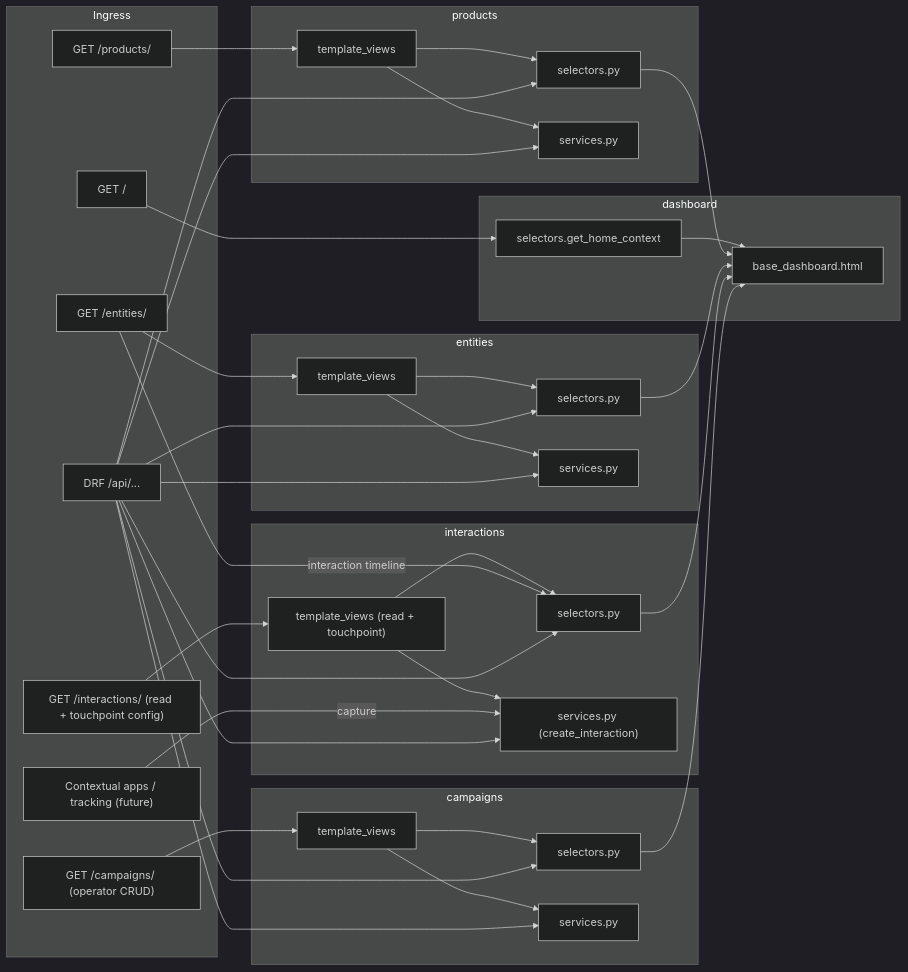
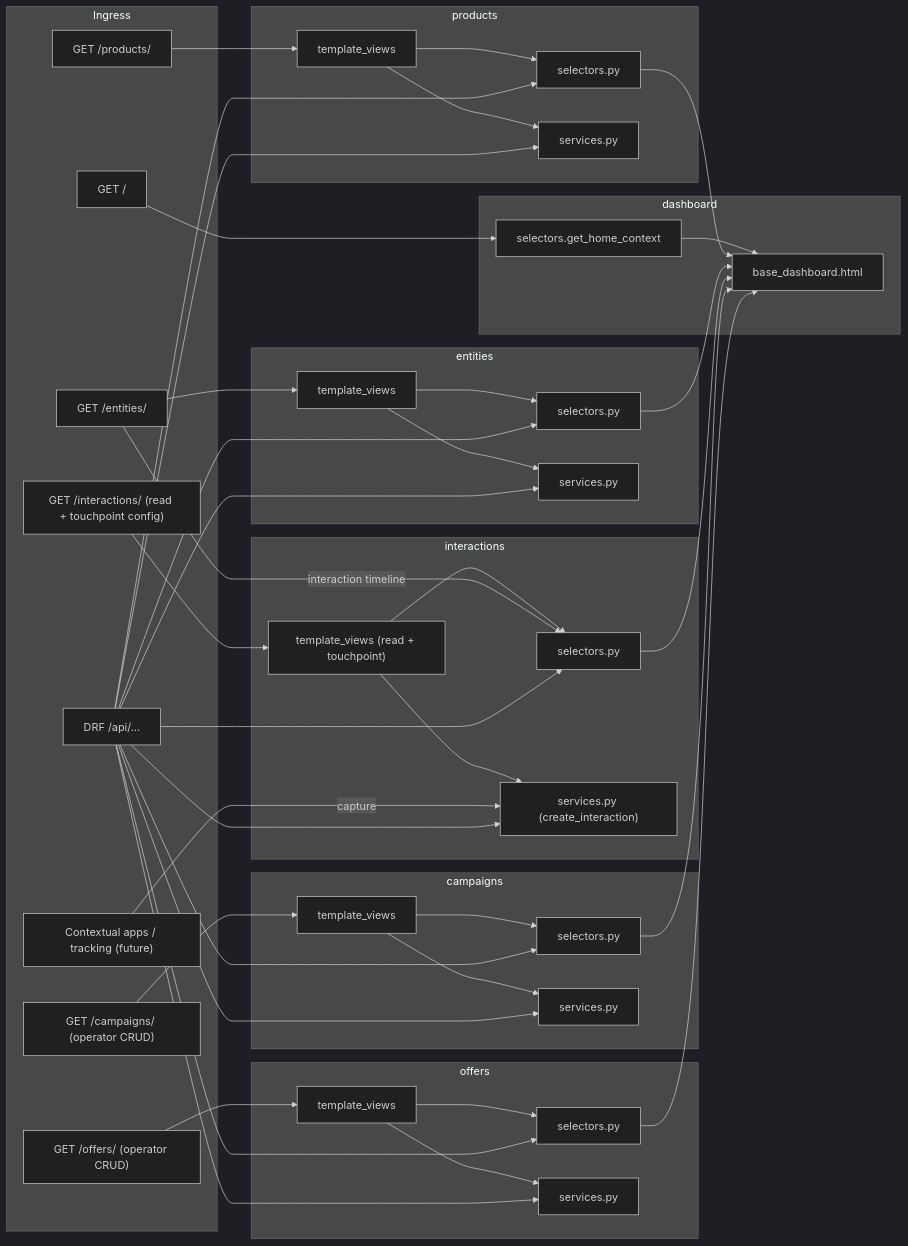
Before and after one commit to josedante/BackboneOS: the diagram in docs/consolidation/FRONTEND_CONSOLIDATION.md, drawn with Mermaid (dark theme). The commit also changed other lines of this file and 16 other files, not shown here.

````diff
--- a/docs/consolidation/FRONTEND_CONSOLIDATION.md
+++ b/docs/consolidation/FRONTEND_CONSOLIDATION.md
@@ -548,55 +629,65 @@
 ```mermaid
 flowchart LR
   subgraph ingress [Ingress]
     Home["GET /"]
     ProductsUI["GET /products/"]
     EntitiesUI["GET /entities/"]
     InteractionsUI["GET /interactions/ (read + touchpoint config)"]
     CampaignsUI["GET /campaigns/ (operator CRUD)"]
+    OffersUI["GET /offers/ (operator CRUD)"]
     ContextualApps["Contextual apps / tracking (future)"]
     API["DRF /api/..."]
   end
   subgraph dashboard_app [dashboard]
     SelD["selectors.get_home_context"]
     Base["base_dashboard.html"]
   end
   subgraph products_app [products]
     TVP["template_views"]
     SelP["selectors.py"]
     SvcP["services.py"]
   end
   subgraph entities_app [entities]
     TVE["template_views"]
     SelE["selectors.py"]
     SvcE["services.py"]
   end
   subgraph interactions_app [interactions]
     TVI["template_views (read + touchpoint)"]
     SelI["selectors.py"]
     SvcI["services.py (create_interaction)"]
   end
   subgraph campaigns_app [campaigns]
     TVC["template_views"]
     SelC["selectors.py"]
     SvcC["services.py"]
   end
+  subgraph offers_app [offers]
+    TVO["template_views"]
+    SelO["selectors.py"]
+    SvcO["services.py"]
+  end
   Home --> SelD --> Base
   ProductsUI --> TVP --> SelP --> Base
   EntitiesUI --> TVE --> SelE --> Base
   InteractionsUI --> TVI --> SelI --> Base
   CampaignsUI --> TVC --> SelC --> Base
+  OffersUI --> TVO --> SelO --> Base
   TVC --> SvcC
+  TVO --> SvcO
   TVP --> SvcP
   TVE --> SvcE
   TVI --> SvcI
   EntitiesUI -->|"interaction timeline"| SelI
   ContextualApps -->|"capture"| SvcI
   API --> SelP
   API --> SvcP
   API --> SelE
   API --> SvcE
   API --> SelI
   API --> SvcI
   API --> SelC
   API --> SvcC
+  API --> SelO
+  API --> SvcO
 ```
````
